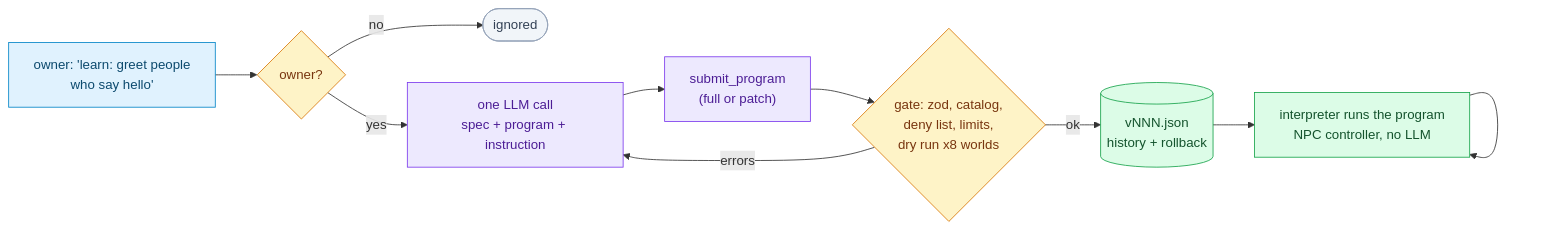
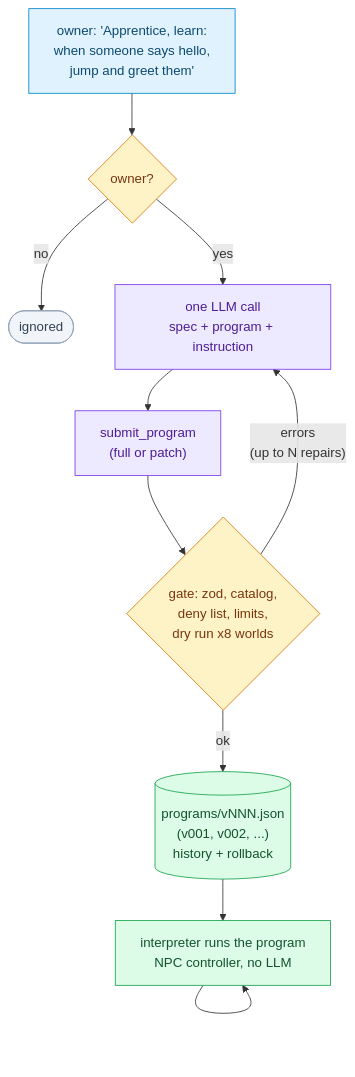
One commit to thereisnotime/golemkit changed the diagram in docs/guide/self-improver.md. Above: the diagram before and after it, drawn with Mermaid. The commit also changed other lines of this file and 20 other files, not shown here.

First line of the commit message:
Docs: replace the last ASCII diagrams with mermaid, make wide charts top-down to fit the column

````diff
--- a/docs/guide/self-improver.md
+++ b/docs/guide/self-improver.md
@@ -33,22 +22,22 @@
 ```mermaid
-flowchart LR
-  OWN["owner: 'learn: greet people<br/>who say hello'"] --> INT{"owner?"}
+flowchart TD
+  OWN["owner: 'Apprentice, learn:<br/>when someone says hello,<br/>jump and greet them'"] --> INT{"owner?"}
   INT -- no --> IGN(["ignored"])
   INT -- yes --> LLM["one LLM call<br/>spec + program + instruction"]
   LLM --> SUB["submit_program<br/>(full or patch)"]
   SUB --> GATE{"gate: zod, catalog,<br/>deny list, limits,<br/>dry run x8 worlds"}
-  GATE -- errors --> LLM
-  GATE -- ok --> VER[("vNNN.json<br/>history + rollback")]
+  GATE -- "errors<br/>(up to N repairs)" --> LLM
+  GATE -- ok --> VER[("programs/vNNN.json<br/>(v001, v002, ...)<br/>history + rollback")]
   VER --> RUN["interpreter runs the program<br/>NPC controller, no LLM"]
   RUN --> RUN
   classDef a fill:#e0f2fe,stroke:#0284c7,color:#0c4a6e
   classDef l fill:#ede9fe,stroke:#7c3aed,color:#4c1d95
   classDef d fill:#fef3c7,stroke:#d97706,color:#78350f
   classDef g fill:#dcfce7,stroke:#16a34a,color:#14532d
   classDef r fill:#f1f5f9,stroke:#94a3b8,color:#334155
   class OWN a
   class LLM,SUB l
   class INT,GATE d
   class VER,RUN g
   class IGN r
 ```
````
